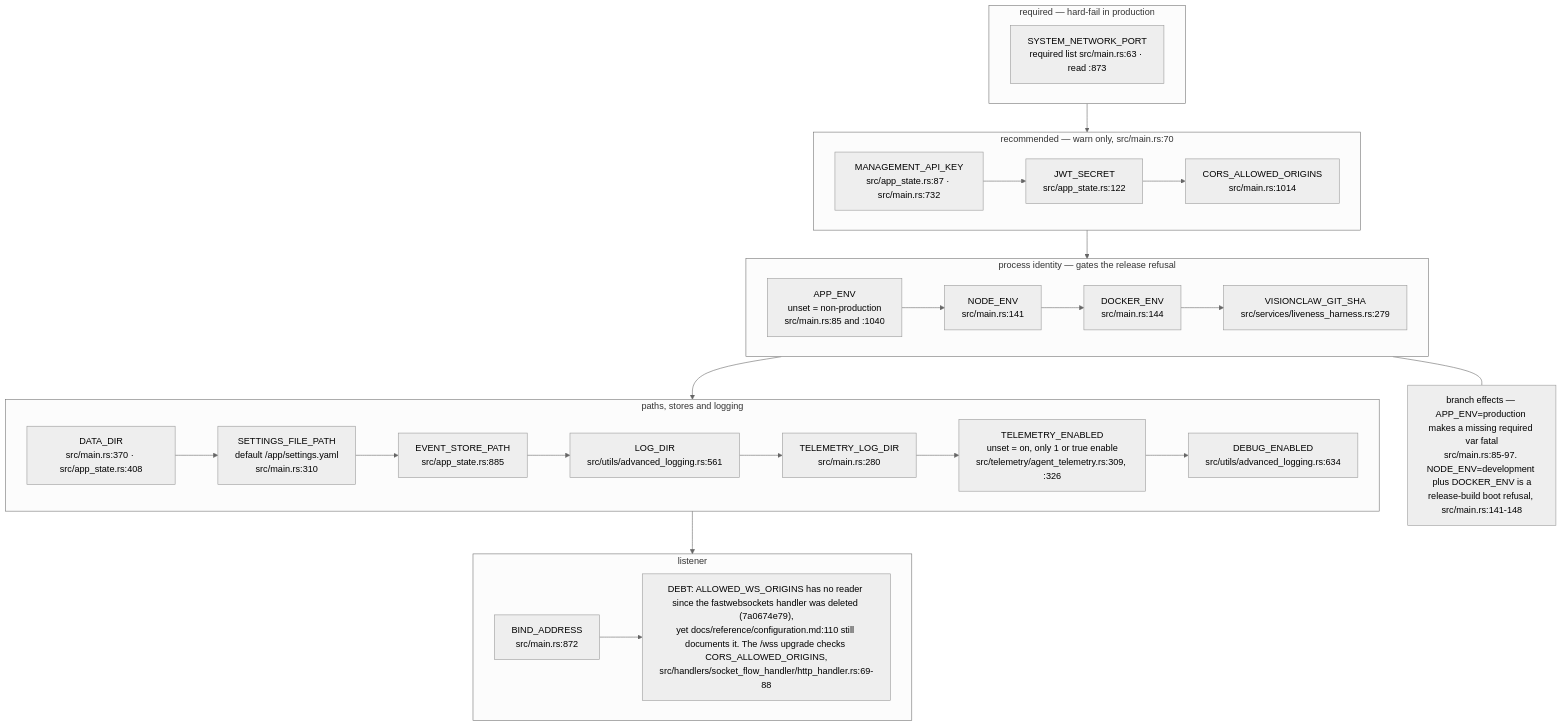
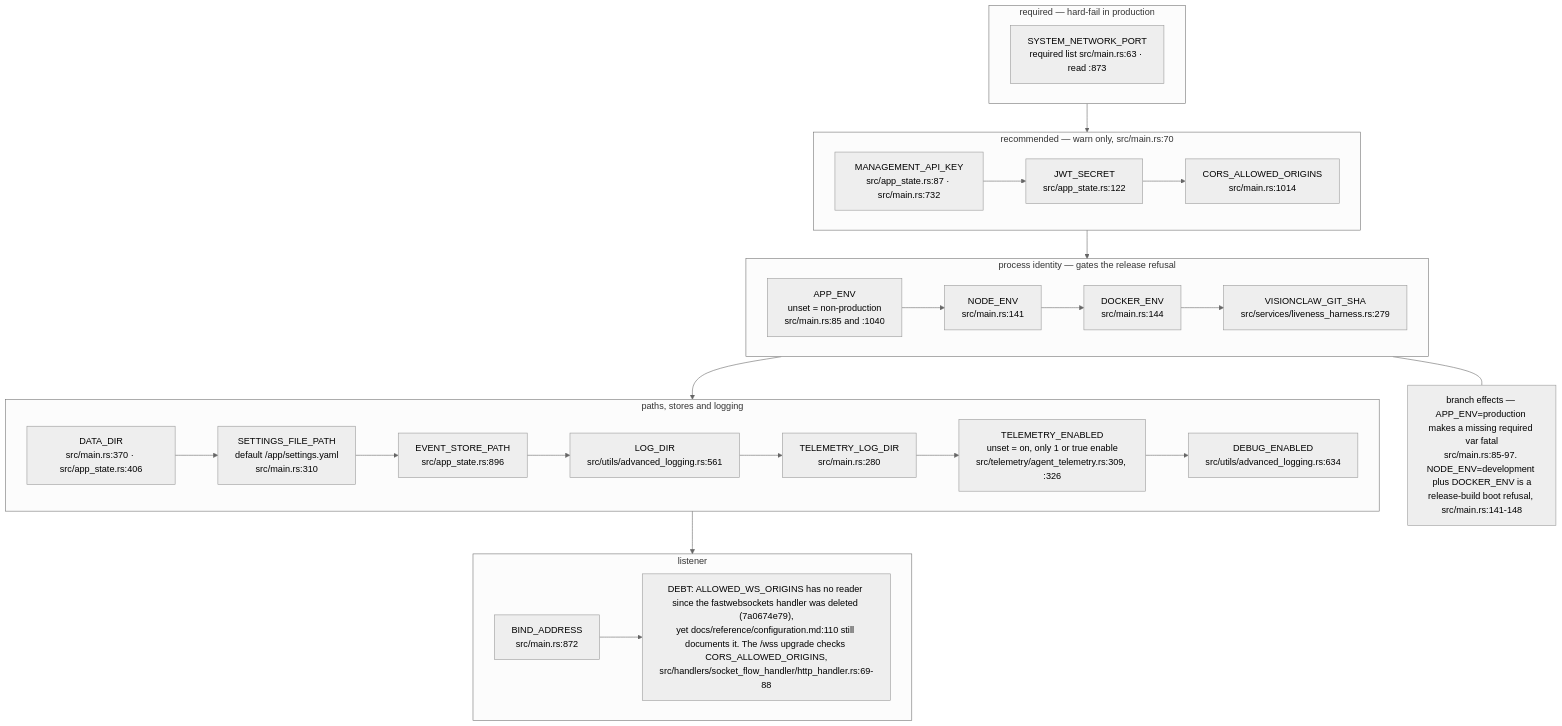
The eighth of 16 diagrams in docs/diagrams/visionclaw/09-config-and-env-flags.md (DreamLab-AI/VisionFlow), drawn with Mermaid (neutral theme) before and after one commit. The commit also changed other lines of this file and 81 other files, not shown here.

First line of the commit message:
docs(diagrams): roll VisionClaw topics to main 010e1109b (PR 37 and 38 merged); fix remaining prose citations

````diff
--- a/docs/diagrams/visionclaw/09-config-and-env-flags.md
+++ b/docs/diagrams/visionclaw/09-config-and-env-flags.md
@@ -403,21 +403,21 @@
 ```mermaid
 flowchart TB
     subgraph REQ["required — hard-fail in production"]
         E1["SYSTEM_NETWORK_PORT<br/>required list src/main.rs:63 · read :873"]
     end
     subgraph RECO["recommended — warn only, src/main.rs:70"]
         E2["MANAGEMENT_API_KEY<br/>src/app_state.rs:87 · src/main.rs:732"] --> E3["JWT_SECRET<br/>src/app_state.rs:122"] --> E4["CORS_ALLOWED_ORIGINS<br/>src/main.rs:1014"]
     end
     subgraph IDENT["process identity — gates the release refusal"]
         E5["APP_ENV<br/>unset = non-production<br/>src/main.rs:85 and :1040"] --> E6["NODE_ENV<br/>src/main.rs:141"] --> E7["DOCKER_ENV<br/>src/main.rs:144"] --> E8["VISIONCLAW_GIT_SHA<br/>src/services/liveness_harness.rs:279"]
     end
     subgraph PATHS["paths, stores and logging"]
-        E9["DATA_DIR<br/>src/main.rs:370 · src/app_state.rs:408"] --> E10["SETTINGS_FILE_PATH<br/>default /app/settings.yaml<br/>src/main.rs:310"] --> E11["EVENT_STORE_PATH<br/>src/app_state.rs:885"] --> E12["LOG_DIR<br/>src/utils/advanced_logging.rs:561"] --> E13["TELEMETRY_LOG_DIR<br/>src/main.rs:280"] --> E13b["TELEMETRY_ENABLED<br/>unset = on, only 1 or true enable<br/>src/telemetry/agent_telemetry.rs:309, :326"] --> E14["DEBUG_ENABLED<br/>src/utils/advanced_logging.rs:634"]
+        E9["DATA_DIR<br/>src/main.rs:370 · src/app_state.rs:406"] --> E10["SETTINGS_FILE_PATH<br/>default /app/settings.yaml<br/>src/main.rs:310"] --> E11["EVENT_STORE_PATH<br/>src/app_state.rs:896"] --> E12["LOG_DIR<br/>src/utils/advanced_logging.rs:561"] --> E13["TELEMETRY_LOG_DIR<br/>src/main.rs:280"] --> E13b["TELEMETRY_ENABLED<br/>unset = on, only 1 or true enable<br/>src/telemetry/agent_telemetry.rs:309, :326"] --> E14["DEBUG_ENABLED<br/>src/utils/advanced_logging.rs:634"]
     end
     subgraph BIND["listener"]
         E15["BIND_ADDRESS<br/>src/main.rs:872"] --> E16["DEBT: ALLOWED_WS_ORIGINS has no reader since the fastwebsockets handler was deleted (7a0674e79),<br/>yet docs/reference/configuration.md:110 still documents it. The /wss upgrade checks CORS_ALLOWED_ORIGINS,<br/>src/handlers/socket_flow_handler/http_handler.rs:69-88"]
     end
     REQ --> RECO --> IDENT --> PATHS --> BIND
     N["branch effects — APP_ENV=production makes a missing required var fatal<br/>src/main.rs:85-97. NODE_ENV=development plus DOCKER_ENV is a<br/>release-build boot refusal, src/main.rs:141-148"]
     IDENT --- N
 ```
````
